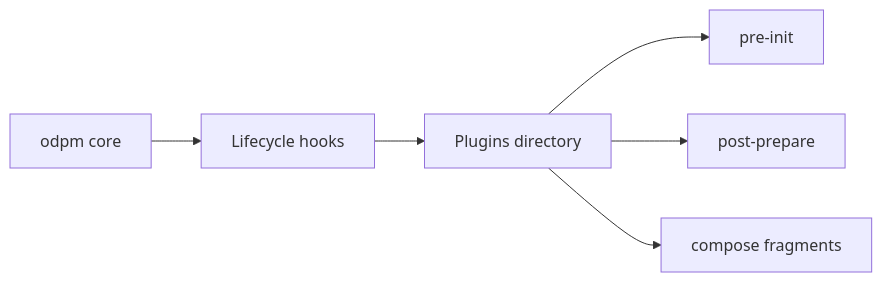
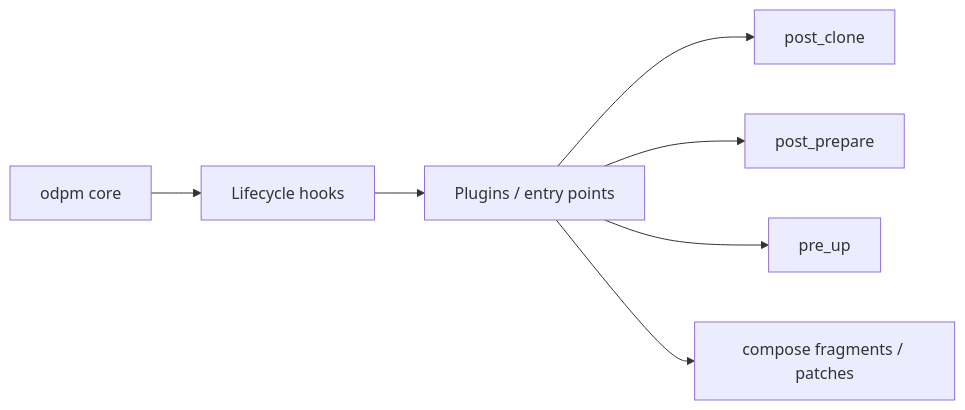
Before and after one commit to aayartsev/odpm: the sixth of 7 diagrams in goals_ru.md, drawn with Mermaid. The commit also changed other lines of this file and 41 other files, not shown here.

````diff
--- a/goals_ru.md
+++ b/goals_ru.md
@@ -308,13 +320,14 @@
 ```mermaid
 flowchart LR
     core[odpm core]
     hooks[Lifecycle hooks]
-    plugins[Plugins directory]
+    plugins[Plugins / entry points]
 
     core --> hooks
     hooks --> plugins
 
-    plugins --> pre_init[pre-init]
-    plugins --> post_prepare[post-prepare]
-    plugins --> custom_compose[compose fragments]
+    plugins --> post_clone[post_clone]
+    plugins --> post_prepare[post_prepare]
+    plugins --> pre_up[pre_up]
+    plugins --> compose[compose fragments / patches]
 ```
````
